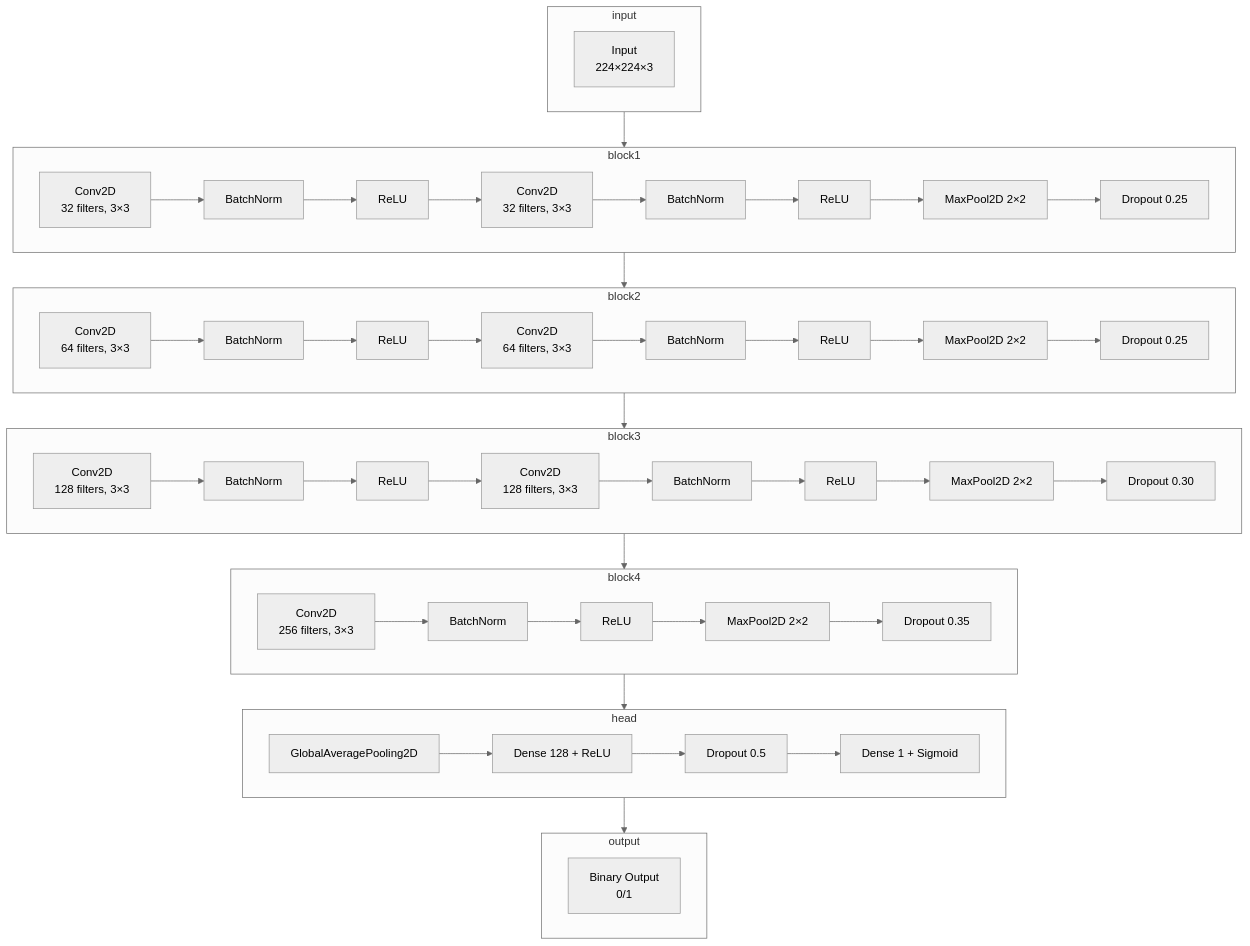
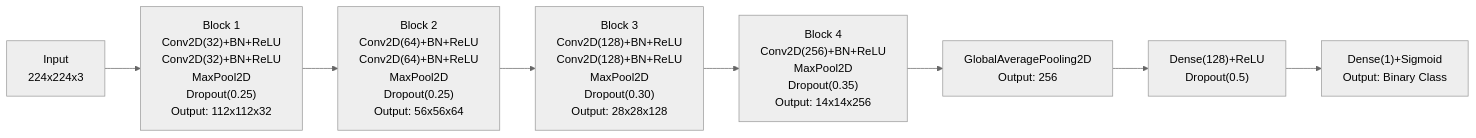
Before and after one commit to KlapkovGV/skin-lesion-classification-scratchcnn-tl-gradcam: the diagram in README.md, drawn with Mermaid (neutral theme).

````diff
--- a/README.md
+++ b/README.md
@@ -37,44 +37,10 @@
 ```mermaid
-graph TD
-    subgraph input
-        A[Input<br/>224×224×3]
-    end
-    
-    subgraph block1
-        B1[Conv2D<br/>32 filters, 3×3] --> B2[BatchNorm] --> B3[ReLU]
-        B3 --> C1[Conv2D<br/>32 filters, 3×3] --> C2[BatchNorm] --> C3[ReLU]
-        C3 --> D1[MaxPool2D 2×2] --> D2[Dropout 0.25]
-    end
-    
-    subgraph block2
-        E1[Conv2D<br/>64 filters, 3×3] --> E2[BatchNorm] --> E3[ReLU]
-        E3 --> F1[Conv2D<br/>64 filters, 3×3] --> F2[BatchNorm] --> F3[ReLU]
-        F3 --> G1[MaxPool2D 2×2] --> G2[Dropout 0.25]
-    end
-    
-    subgraph block3
-        H1[Conv2D<br/>128 filters, 3×3] --> H2[BatchNorm] --> H3[ReLU]
-        H3 --> I1[Conv2D<br/>128 filters, 3×3] --> I2[BatchNorm] --> I3[ReLU]
-        I3 --> J1[MaxPool2D 2×2] --> J2[Dropout 0.30]
-    end
-    
-    subgraph block4
-        K1[Conv2D<br/>256 filters, 3×3] --> K2[BatchNorm] --> K3[ReLU]
-        K3 --> L1[MaxPool2D 2×2] --> L2[Dropout 0.35]
-    end
-    
-    subgraph head
-        M[GlobalAveragePooling2D] --> N[Dense 128 + ReLU] --> O[Dropout 0.5] --> P[Dense 1 + Sigmoid]
-    end
-    
-    subgraph output
-        Q[Binary Output<br/>0/1]
-    end
-    
-    input --> block1
-    block1 --> block2
-    block2 --> block3
-    block3 --> block4
-    block4 --> head
-    head --> output
+graph LR
+    A["Input<br>224x224x3"] --> B["Block 1<br>Conv2D(32)+BN+ReLU<br>Conv2D(32)+BN+ReLU<br>MaxPool2D<br>Dropout(0.25)<br>Output: 112x112x32"]
+    B --> C["Block 2<br>Conv2D(64)+BN+ReLU<br>Conv2D(64)+BN+ReLU<br>MaxPool2D<br>Dropout(0.25)<br>Output: 56x56x64"]
+    C --> D["Block 3<br>Conv2D(128)+BN+ReLU<br>Conv2D(128)+BN+ReLU<br>MaxPool2D<br>Dropout(0.30)<br>Output: 28x28x128"]
+    D --> E["Block 4<br>Conv2D(256)+BN+ReLU<br>MaxPool2D<br>Dropout(0.35)<br>Output: 14x14x256"]
+    E --> F["GlobalAveragePooling2D<br>Output: 256"]
+    F --> G["Dense(128)+ReLU<br>Dropout(0.5)"]
+    G --> H["Dense(1)+Sigmoid<br>Output: Binary Class"]
 ```
````
